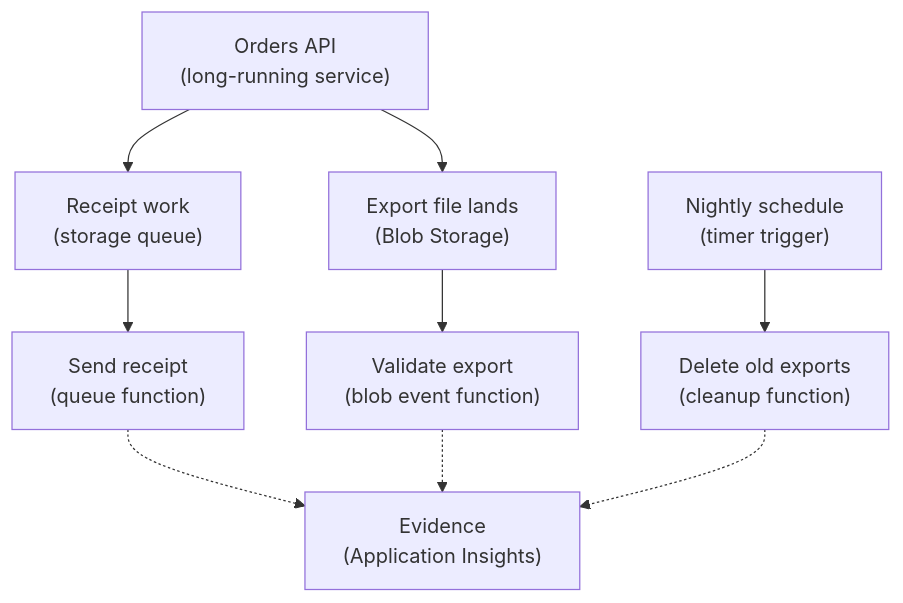
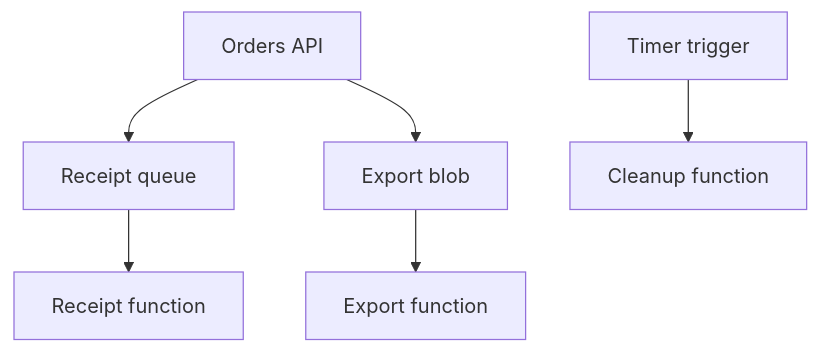
The first of 2 diagrams in cloud-providers/azure/compute-application-hosting/azure-functions-and-event-driven-work.md (senlinyy/dev-roadmaps), drawn with Mermaid before and after one commit. The commit also changed other lines of this file and 141 other files, not shown here.

````diff
--- a/cloud-providers/azure/compute-application-hosting/azure-functions-and-event-driven-work.md
+++ b/cloud-providers/azure/compute-application-hosting/azure-functions-and-event-driven-work.md
@@ -208,20 +208,8 @@
 ```mermaid
 flowchart TD
-    API["Orders API<br/>(long-running service)"]
-    QUEUE["Receipt work<br/>(storage queue)"]
-    RECEIPT["Send receipt<br/>(queue function)"]
-    BLOB["Export file lands<br/>(Blob Storage)"]
-    EXPORT["Validate export<br/>(blob event function)"]
-    TIMER["Nightly schedule<br/>(timer trigger)"]
-    CLEANUP["Delete old exports<br/>(cleanup function)"]
-    MONITOR["Evidence<br/>(Application Insights)"]
-
-    API --> QUEUE
-    QUEUE --> RECEIPT
-    API --> BLOB
-    BLOB --> EXPORT
-    TIMER --> CLEANUP
-    RECEIPT -.-> MONITOR
-    EXPORT -.-> MONITOR
-    CLEANUP -.-> MONITOR
+    API["Orders API"] --> QUEUE["Receipt queue"]
+    QUEUE --> RECEIPT["Receipt function"]
+    API --> BLOB["Export blob"]
+    BLOB --> EXPORT["Export function"]
+    TIMER["Timer trigger"] --> CLEANUP["Cleanup function"]
 ```
````
